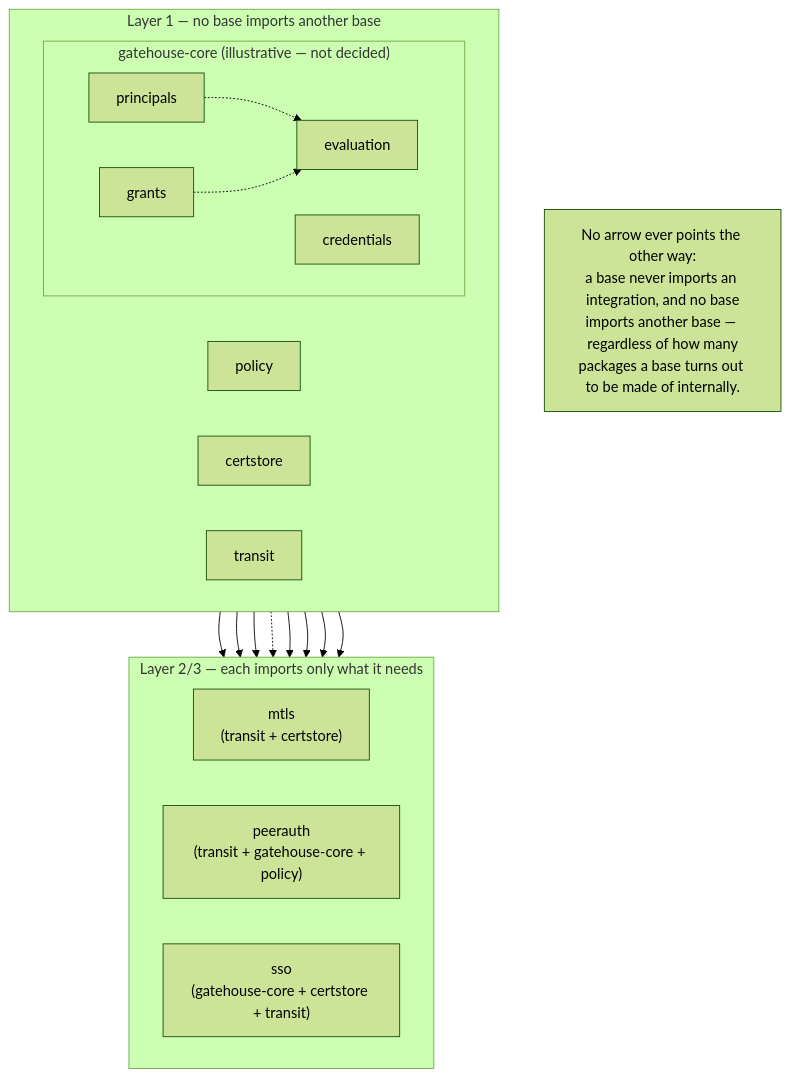
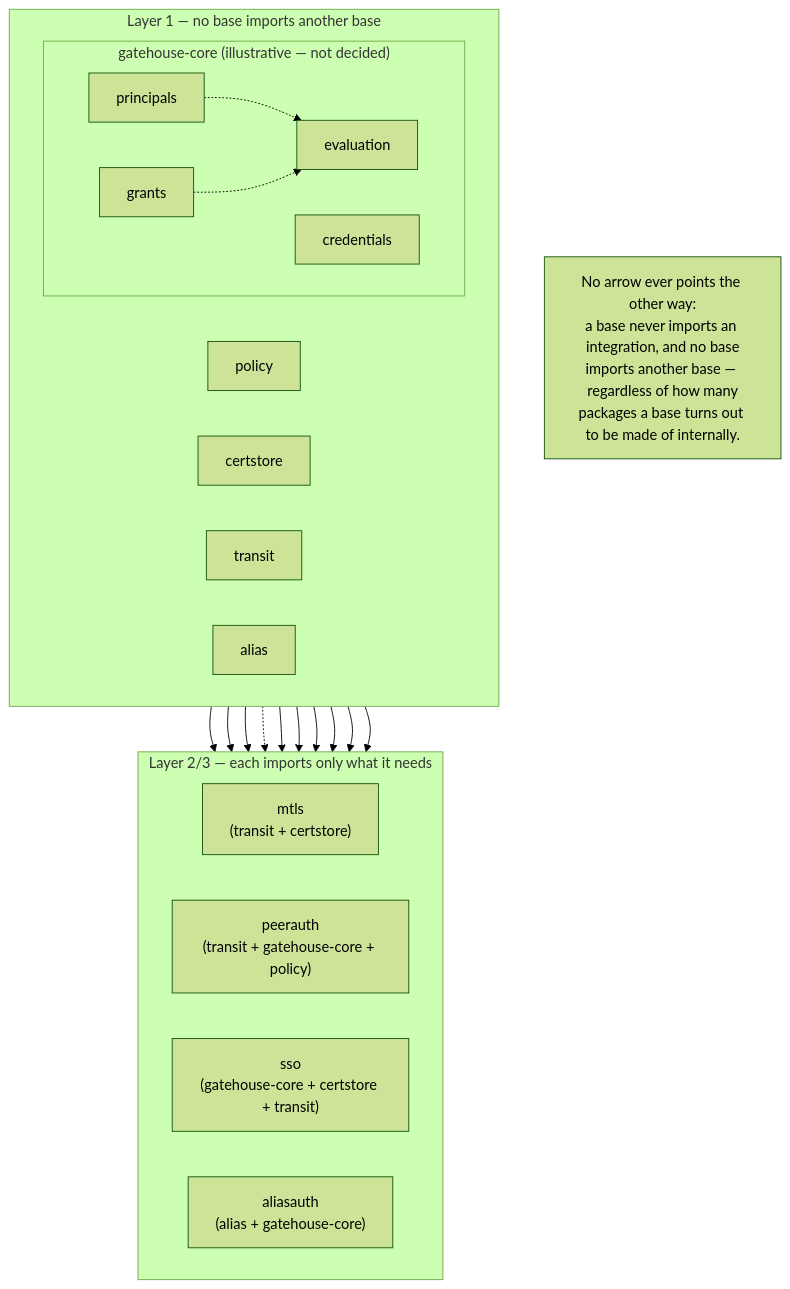
Before and after one commit to croge130/archipelago: the second of 2 diagrams in docs/architecture/02-package-boundaries.md, drawn with Mermaid (forest theme). The commit also changed other lines of this file and 2 other files, not shown here.

````diff
--- a/docs/architecture/02-package-boundaries.md
+++ b/docs/architecture/02-package-boundaries.md
@@ -177,38 +183,42 @@
 ```mermaid
 flowchart TB
     subgraph GHCore["gatehouse-core (illustrative — not decided)"]
         direction LR
         GHP["principals"]
         GHC["credentials"]
         GHGR["grants"]
         GHE["evaluation"]
     end
     GHP -.-> GHE
     GHGR -.-> GHE
 
     subgraph Base["Layer 1 — no base imports another base"]
         direction LR
         GHCore
         POL["policy"]
         CS["certstore"]
         TR["transit"]
+        ALIAS["alias"]
     end
 
     subgraph Integrations["Layer 2/3 — each imports only what it needs"]
         direction LR
         MTLS["mtls<br/>(transit + certstore)"]
         PEERAUTH["peerauth<br/>(transit + gatehouse-core + policy)"]
         SSO["sso<br/>(gatehouse-core + certstore + transit)"]
+        ALIASAUTH["aliasauth<br/>(alias + gatehouse-core)"]
     end
 
     TR --> MTLS
     CS --> MTLS
     TR --> PEERAUTH
     GHCore --> PEERAUTH
     POL -.-> PEERAUTH
     GHCore --> SSO
     CS --> SSO
     TR --> SSO
+    ALIAS --> ALIASAUTH
+    GHCore --> ALIASAUTH
 
     Note["No arrow ever points the other way:<br/>a base never imports an integration, and no base<br/>imports another base — regardless of how many<br/>packages a base turns out to be made of internally."]
 ```
````
